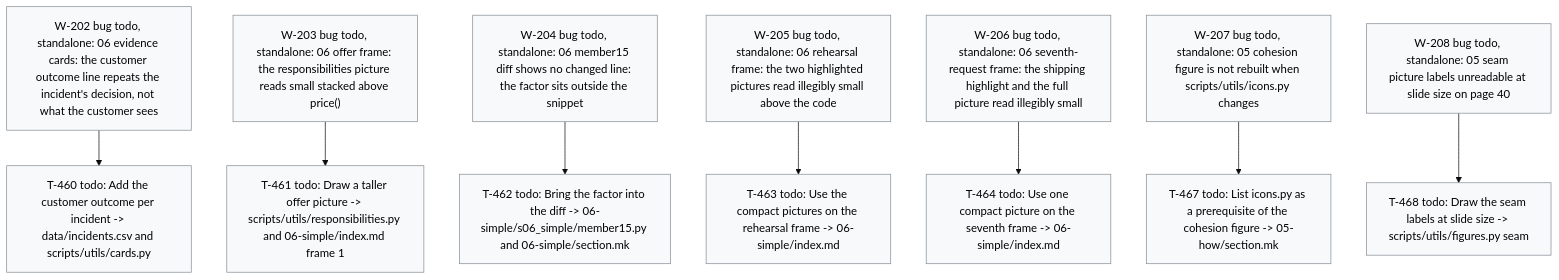
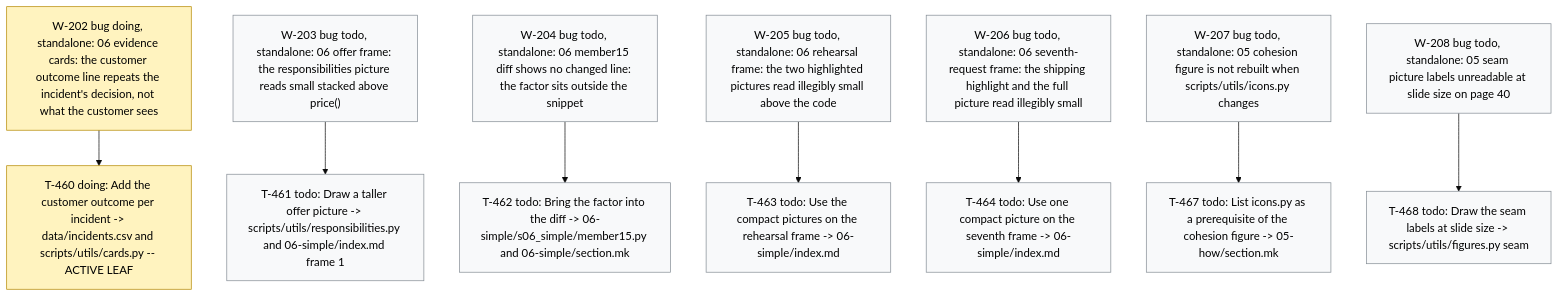
Before and after one commit to dpopchev/chaos-to-simple: the diagram in .board/BOARD.md, drawn with Mermaid (base theme). The commit also changed other lines of this file and 2 other files, not shown here.

Commit message:
chore(board): activate W-202, start T-460
Refs: W-202 T-460

````diff
--- a/.board/BOARD.md
+++ b/.board/BOARD.md
@@ -1196,23 +1196,24 @@
 ```mermaid
 flowchart TD
-  W202["W-202 bug todo, standalone: 06 evidence cards: the customer outcome line repeats the incident's decision, not what the customer sees"]
-  W202 --> T460["T-460 todo: Add the customer outcome per incident -> data/incidents.csv and scripts/utils/cards.py"]
+  W202["W-202 bug doing, standalone: 06 evidence cards: the customer outcome line repeats the incident's decision, not what the customer sees"]
+  W202 --> T460["T-460 doing: Add the customer outcome per incident -> data/incidents.csv and scripts/utils/cards.py -- ACTIVE LEAF"]
   W203["W-203 bug todo, standalone: 06 offer frame: the responsibilities picture reads small stacked above price()"]
   W203 --> T461["T-461 todo: Draw a taller offer picture -> scripts/utils/responsibilities.py and 06-simple/index.md frame 1"]
   W204["W-204 bug todo, standalone: 06 member15 diff shows no changed line: the factor sits outside the snippet"]
   W204 --> T462["T-462 todo: Bring the factor into the diff -> 06-simple/s06_simple/member15.py and 06-simple/section.mk"]
   W205["W-205 bug todo, standalone: 06 rehearsal frame: the two highlighted pictures read illegibly small above the code"]
   W205 --> T463["T-463 todo: Use the compact pictures on the rehearsal frame -> 06-simple/index.md"]
   W206["W-206 bug todo, standalone: 06 seventh-request frame: the shipping highlight and the full picture read illegibly small"]
   W206 --> T464["T-464 todo: Use one compact picture on the seventh frame -> 06-simple/index.md"]
   W207["W-207 bug todo, standalone: 05 cohesion figure is not rebuilt when scripts/utils/icons.py changes"]
   W207 --> T467["T-467 todo: List icons.py as a prerequisite of the cohesion figure -> 05-how/section.mk"]
   W208["W-208 bug todo, standalone: 05 seam picture labels unreadable at slide size on page 40"]
   W208 --> T468["T-468 todo: Draw the seam labels at slide size -> scripts/utils/figures.py seam"]
   classDef doing fill:#fff3bf,stroke:#b58900,color:#000;
   classDef blocked fill:#ffe3e3,stroke:#c92a2a,color:#000;
   classDef done fill:#e6ffed,stroke:#2b8a3e,color:#000;
   classDef todo fill:#f8f9fa,stroke:#868e96,color:#000;
   classDef pruned fill:#f1f3f5,stroke:#adb5bd,color:#000;
-  class W202,T460,W203,T461,W204,T462,W205,T463,W206,T464,W207,T467,W208,T468 todo
+  class W202,T460 doing
+  class W203,T461,W204,T462,W205,T463,W206,T464,W207,T467,W208,T468 todo
 ```
````
